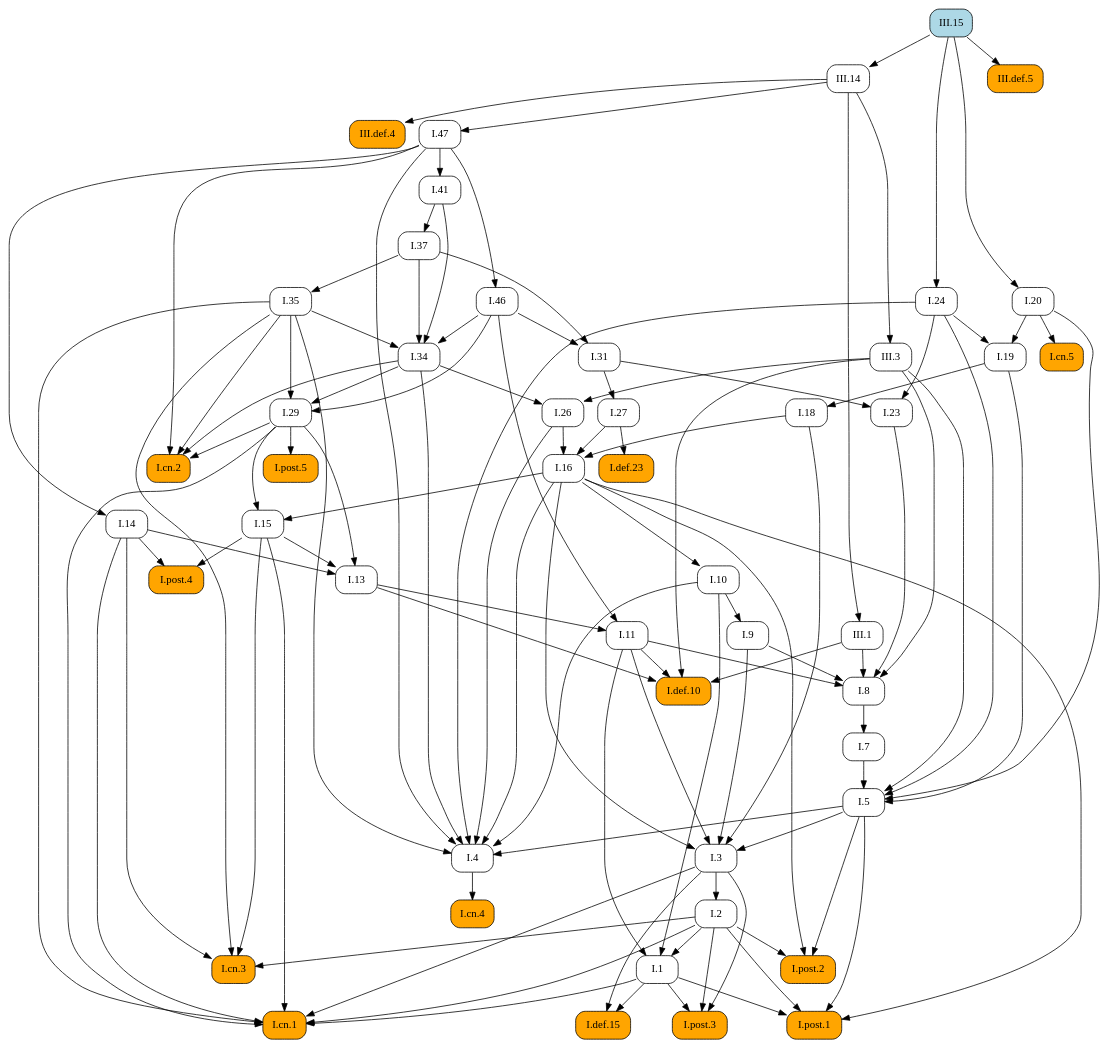
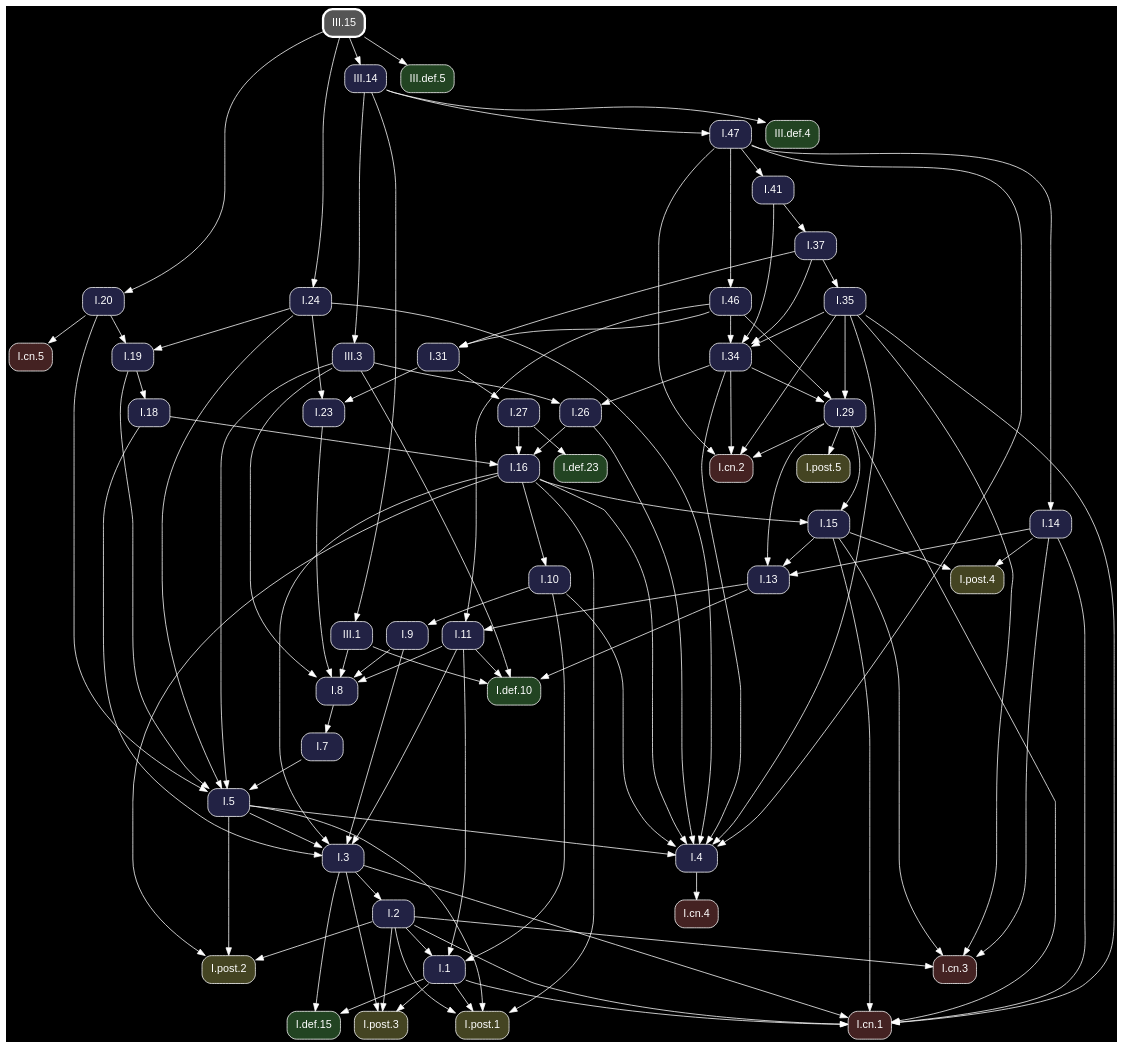
The diagram in docsrc/heath/III/15/index.rst (geometor/elements), drawn with Graphviz before and after one commit. The commit also changed other lines of this file and 1200 other files, not shown here.

Commit message:
update dependency graphs

```diff
--- a/docsrc/heath/III/15/index.rst
+++ b/docsrc/heath/III/15/index.rst
@@ -67,96 +67,65 @@
 .. graphviz::
 
    digraph {
+     bgcolor="black";
+     node [shape=box, style="rounded,filled", fontname="Helvetica", color="white", fontcolor="white"];
+     edge [color="white", fontcolor="white"];
      rankdir="TB";
-     node [shape=box, style=rounded];
-     "I.23" [URL="/heath/I/23/", target="_top"];
-     "I.9" [URL="/heath/I/9/", target="_top"];
-     "I.def.15" [style="rounded,filled", fillcolor=orange, URL="/heath/I/def.15/", target="_top"];
-     "I.47" [URL="/heath/I/47/", target="_top"];
-     "I.post.3" [style="rounded,filled", fillcolor=orange, URL="/heath/I/post.3/", target="_top"];
-     "III.1" [URL="/heath/III/1/", target="_top"];
-     "III.14" [URL="/heath/III/14/", target="_top"];
-     "I.19" [URL="/heath/I/19/", target="_top"];
-     "I.post.1" [style="rounded,filled", fillcolor=orange, URL="/heath/I/post.1/", target="_top"];
-     "III.def.4" [style="rounded,filled", fillcolor=orange, URL="/heath/III/def.4/", target="_top"];
-     "I.20" [URL="/heath/I/20/", target="_top"];
-     "I.31" [URL="/heath/I/31/", target="_top"];
-     "I.def.10" [style="rounded,filled", fillcolor=orange, URL="/heath/I/def.10/", target="_top"];
-     "I.18" [URL="/heath/I/18/", target="_top"];
-     "I.27" [URL="/heath/I/27/", target="_top"];
-     "I.14" [URL="/heath/I/14/", target="_top"];
-     "I.24" [URL="/heath/I/24/", target="_top"];
-     "I.34" [URL="/heath/I/34/", target="_top"];
-     "I.cn.5" [style="rounded,filled", fillcolor=orange, URL="/heath/I/cn.5/", target="_top"];
-     "I.3" [URL="/heath/I/3/", target="_top"];
-     "I.35" [URL="/heath/I/35/", target="_top"];
-     "I.cn.1" [style="rounded,filled", fillcolor=orange, URL="/heath/I/cn.1/", target="_top"];
-     "I.7" [URL="/heath/I/7/", target="_top"];
-     "I.2" [URL="/heath/I/2/", target="_top"];
-     "I.13" [URL="/heath/I/13/", target="_top"];
-     "I.post.4" [style="rounded,filled", fillcolor=orange, URL="/heath/I/post.4/", target="_top"];
-     "I.4" [URL="/heath/I/4/", target="_top"];
-     "I.1" [URL="/heath/I/1/", target="_top"];
-     "I.5" [URL="/heath/I/5/", target="_top"];
-     "I.8" [URL="/heath/I/8/", target="_top"];
-     "I.37" [URL="/heath/I/37/", target="_top"];
-     "III.3" [URL="/heath/III/3/", target="_top"];
-     "III.def.5" [style="rounded,filled", fillcolor=orange, URL="/heath/III/def.5/", target="_top"];
-     "I.cn.3" [style="rounded,filled", fillcolor=orange, URL="/heath/I/cn.3/", target="_top"];
-     "I.29" [URL="/heath/I/29/", target="_top"];
-     "III.15" [style="rounded,filled", fillcolor=lightblue, URL="/heath/III/15/", target="_top"];
-     "I.16" [URL="/heath/I/16/", target="_top"];
-     "I.15" [URL="/heath/I/15/", target="_top"];
-     "I.10" [URL="/heath/I/10/", target="_top"];
-     "I.11" [URL="/heath/I/11/", target="_top"];
-     "I.def.23" [style="rounded,filled", fillcolor=orange, URL="/heath/I/def.23/", target="_top"];
-     "I.cn.2" [style="rounded,filled", fillcolor=orange, URL="/heath/I/cn.2/", target="_top"];
-     "I.post.5" [style="rounded,filled", fillcolor=orange, URL="/heath/I/post.5/", target="_top"];
-     "I.cn.4" [style="rounded,filled", fillcolor=orange, URL="/heath/I/cn.4/", target="_top"];
-     "I.post.2" [style="rounded,filled", fillcolor=orange, URL="/heath/I/post.2/", target="_top"];
-     "I.41" [URL="/heath/I/41/", target="_top"];
-     "I.46" [URL="/heath/I/46/", target="_top"];
-     "I.26" [URL="/heath/I/26/", target="_top"];
-     "I.24" -> "I.23";
-     "I.31" -> "I.23";
-     "I.10" -> "I.9";
-     "I.1" -> "I.def.15";
-     "I.3" -> "I.def.15";
-     "III.14" -> "I.47";
-     "I.1" -> "I.post.3";
-     "I.2" -> "I.post.3";
-     "I.3" -> "I.post.3";
-     "III.14" -> "III.1";
-     "III.15" -> "III.14";
-     "I.20" -> "I.19";
-     "I.24" -> "I.19";
-     "I.1" -> "I.post.1";
-     "I.2" -> "I.post.1";
-     "I.5" -> "I.post.1";
-     "I.16" -> "I.post.1";
-     "III.14" -> "III.def.4";
-     "III.15" -> "I.20";
+     "I.31" [fillcolor="#222244", URL="/heath/I/31/", target="_top"];
+     "I.3" [fillcolor="#222244", URL="/heath/I/3/", target="_top"];
+     "I.cn.1" [fillcolor="#442222", URL="/heath/I/cn.1/", target="_top"];
+     "I.19" [fillcolor="#222244", URL="/heath/I/19/", target="_top"];
+     "I.def.10" [fillcolor="#224422", URL="/heath/I/def.10/", target="_top"];
+     "I.15" [fillcolor="#222244", URL="/heath/I/15/", target="_top"];
+     "I.13" [fillcolor="#222244", URL="/heath/I/13/", target="_top"];
+     "I.27" [fillcolor="#222244", URL="/heath/I/27/", target="_top"];
+     "I.2" [fillcolor="#222244", URL="/heath/I/2/", target="_top"];
+     "I.24" [fillcolor="#222244", URL="/heath/I/24/", target="_top"];
+     "I.41" [fillcolor="#222244", URL="/heath/I/41/", target="_top"];
+     "I.cn.2" [fillcolor="#442222", URL="/heath/I/cn.2/", target="_top"];
+     "I.9" [fillcolor="#222244", URL="/heath/I/9/", target="_top"];
+     "III.15" [penwidth=3, color="white", fillcolor="#555555", URL="/heath/III/15/", target="_top"];
+     "I.1" [fillcolor="#222244", URL="/heath/I/1/", target="_top"];
+     "I.post.5" [fillcolor="#444422", URL="/heath/I/post.5/", target="_top"];
+     "I.post.4" [fillcolor="#444422", URL="/heath/I/post.4/", target="_top"];
+     "I.23" [fillcolor="#222244", URL="/heath/I/23/", target="_top"];
+     "I.26" [fillcolor="#222244", URL="/heath/I/26/", target="_top"];
+     "I.8" [fillcolor="#222244", URL="/heath/I/8/", target="_top"];
+     "I.4" [fillcolor="#222244", URL="/heath/I/4/", target="_top"];
+     "III.def.5" [fillcolor="#224422", URL="/heath/III/def.5/", target="_top"];
+     "I.7" [fillcolor="#222244", URL="/heath/I/7/", target="_top"];
+     "I.5" [fillcolor="#222244", URL="/heath/I/5/", target="_top"];
+     "I.10" [fillcolor="#222244", URL="/heath/I/10/", target="_top"];
+     "I.46" [fillcolor="#222244", URL="/heath/I/46/", target="_top"];
+     "I.post.1" [fillcolor="#444422", URL="/heath/I/post.1/", target="_top"];
+     "I.11" [fillcolor="#222244", URL="/heath/I/11/", target="_top"];
+     "I.16" [fillcolor="#222244", URL="/heath/I/16/", target="_top"];
+     "I.37" [fillcolor="#222244", URL="/heath/I/37/", target="_top"];
+     "I.cn.5" [fillcolor="#442222", URL="/heath/I/cn.5/", target="_top"];
+     "I.cn.3" [fillcolor="#442222", URL="/heath/I/cn.3/", target="_top"];
+     "I.post.2" [fillcolor="#444422", URL="/heath/I/post.2/", target="_top"];
+     "III.1" [fillcolor="#222244", URL="/heath/III/1/", target="_top"];
+     "III.def.4" [fillcolor="#224422", URL="/heath/III/def.4/", target="_top"];
+     "I.29" [fillcolor="#222244", URL="/heath/I/29/", target="_top"];
+     "III.14" [fillcolor="#222244", URL="/heath/III/14/", target="_top"];
+     "I.cn.4" [fillcolor="#442222", URL="/heath/I/cn.4/", target="_top"];
+     "I.47" [fillcolor="#222244", URL="/heath/I/47/", target="_top"];
+     "I.14" [fillcolor="#222244", URL="/heath/I/14/", target="_top"];
+     "I.35" [fillcolor="#222244", URL="/heath/I/35/", target="_top"];
+     "I.def.23" [fillcolor="#224422", URL="/heath/I/def.23/", target="_top"];
+     "III.3" [fillcolor="#222244", URL="/heath/III/3/", target="_top"];
+     "I.post.3" [fillcolor="#444422", URL="/heath/I/post.3/", target="_top"];
+     "I.18" [fillcolor="#222244", URL="/heath/I/18/", target="_top"];
+     "I.34" [fillcolor="#222244", URL="/heath/I/34/", target="_top"];
+     "I.def.15" [fillcolor="#224422", URL="/heath/I/def.15/", target="_top"];
+     "I.20" [fillcolor="#222244", URL="/heath/I/20/", target="_top"];
      "I.37" -> "I.31";
      "I.46" -> "I.31";
-     "I.11" -> "I.def.10";
-     "I.13" -> "I.def.10";
-     "III.1" -> "I.def.10";
-     "III.3" -> "I.def.10";
-     "I.19" -> "I.18";
-     "I.31" -> "I.27";
-     "I.47" -> "I.14";
-     "III.15" -> "I.24";
-     "I.35" -> "I.34";
-     "I.37" -> "I.34";
-     "I.41" -> "I.34";
-     "I.46" -> "I.34";
-     "I.20" -> "I.cn.5";
      "I.5" -> "I.3";
      "I.9" -> "I.3";
      "I.11" -> "I.3";
      "I.16" -> "I.3";
      "I.18" -> "I.3";
-     "I.37" -> "I.35";
      "I.1" -> "I.cn.1";
      "I.2" -> "I.cn.1";
      "I.3" -> "I.cn.1";
@@ -164,13 +133,41 @@
      "I.15" -> "I.cn.1";
      "I.29" -> "I.cn.1";
      "I.35" -> "I.cn.1";
-     "I.8" -> "I.7";
-     "I.3" -> "I.2";
+     "I.20" -> "I.19";
+     "I.24" -> "I.19";
+     "I.11" -> "I.def.10";
+     "I.13" -> "I.def.10";
+     "III.1" -> "I.def.10";
+     "III.3" -> "I.def.10";
+     "I.16" -> "I.15";
+     "I.29" -> "I.15";
      "I.14" -> "I.13";
      "I.15" -> "I.13";
      "I.29" -> "I.13";
+     "I.31" -> "I.27";
+     "I.3" -> "I.2";
+     "III.15" -> "I.24";
+     "I.47" -> "I.41";
+     "I.29" -> "I.cn.2";
+     "I.34" -> "I.cn.2";
+     "I.35" -> "I.cn.2";
+     "I.47" -> "I.cn.2";
+     "I.10" -> "I.9";
+     "I.2" -> "I.1";
+     "I.10" -> "I.1";
+     "I.11" -> "I.1";
+     "I.29" -> "I.post.5";
      "I.14" -> "I.post.4";
      "I.15" -> "I.post.4";
+     "I.24" -> "I.23";
+     "I.31" -> "I.23";
+     "I.34" -> "I.26";
+     "III.3" -> "I.26";
+     "I.9" -> "I.8";
+     "I.11" -> "I.8";
+     "I.23" -> "I.8";
+     "III.1" -> "I.8";
+     "III.3" -> "I.8";
      "I.5" -> "I.4";
      "I.10" -> "I.4";
      "I.16" -> "I.4";
@@ -179,49 +176,54 @@
      "I.34" -> "I.4";
      "I.35" -> "I.4";
      "I.47" -> "I.4";
-     "I.2" -> "I.1";
-     "I.10" -> "I.1";
-     "I.11" -> "I.1";
+     "III.15" -> "III.def.5";
+     "I.8" -> "I.7";
      "I.7" -> "I.5";
      "I.19" -> "I.5";
      "I.20" -> "I.5";
      "I.24" -> "I.5";
      "III.3" -> "I.5";
-     "I.9" -> "I.8";
-     "I.11" -> "I.8";
-     "I.23" -> "I.8";
-     "III.1" -> "I.8";
-     "III.3" -> "I.8";
+     "I.16" -> "I.10";
+     "I.47" -> "I.46";
+     "I.1" -> "I.post.1";
+     "I.2" -> "I.post.1";
+     "I.5" -> "I.post.1";
+     "I.16" -> "I.post.1";
+     "I.13" -> "I.11";
+     "I.46" -> "I.11";
+     "I.18" -> "I.16";
+     "I.26" -> "I.16";
+     "I.27" -> "I.16";
      "I.41" -> "I.37";
-     "III.14" -> "III.3";
-     "III.15" -> "III.def.5";
+     "I.20" -> "I.cn.5";
      "I.2" -> "I.cn.3";
      "I.14" -> "I.cn.3";
      "I.15" -> "I.cn.3";
      "I.35" -> "I.cn.3";
+     "I.2" -> "I.post.2";
+     "I.5" -> "I.post.2";
+     "I.16" -> "I.post.2";
+     "III.14" -> "III.1";
+     "III.14" -> "III.def.4";
      "I.34" -> "I.29";
      "I.35" -> "I.29";
      "I.46" -> "I.29";
-     "I.18" -> "I.16";
-     "I.26" -> "I.16";
-     "I.27" -> "I.16";
-     "I.16" -> "I.15";
-     "I.29" -> "I.15";
-     "I.16" -> "I.10";
-     "I.13" -> "I.11";
-     "I.46" -> "I.11";
+     "III.15" -> "III.14";
+     "I.4" -> "I.cn.4";
+     "III.14" -> "I.47";
+     "I.47" -> "I.14";
+     "I.37" -> "I.35";
      "I.27" -> "I.def.23";
-     "I.29" -> "I.cn.2";
-     "I.34" -> "I.cn.2";
-     "I.35" -> "I.cn.2";
-     "I.47" -> "I.cn.2";
-     "I.29" -> "I.post.5";
-     "I.4" -> "I.cn.4";
-     "I.2" -> "I.post.2";
-     "I.5" -> "I.post.2";
-     "I.16" -> "I.post.2";
-     "I.47" -> "I.41";
-     "I.47" -> "I.46";
-     "I.34" -> "I.26";
-     "III.3" -> "I.26";
+     "III.14" -> "III.3";
+     "I.1" -> "I.post.3";
+     "I.2" -> "I.post.3";
+     "I.3" -> "I.post.3";
+     "I.19" -> "I.18";
+     "I.35" -> "I.34";
+     "I.37" -> "I.34";
+     "I.41" -> "I.34";
+     "I.46" -> "I.34";
+     "I.1" -> "I.def.15";
+     "I.3" -> "I.def.15";
+     "III.15" -> "I.20";
    }
```
